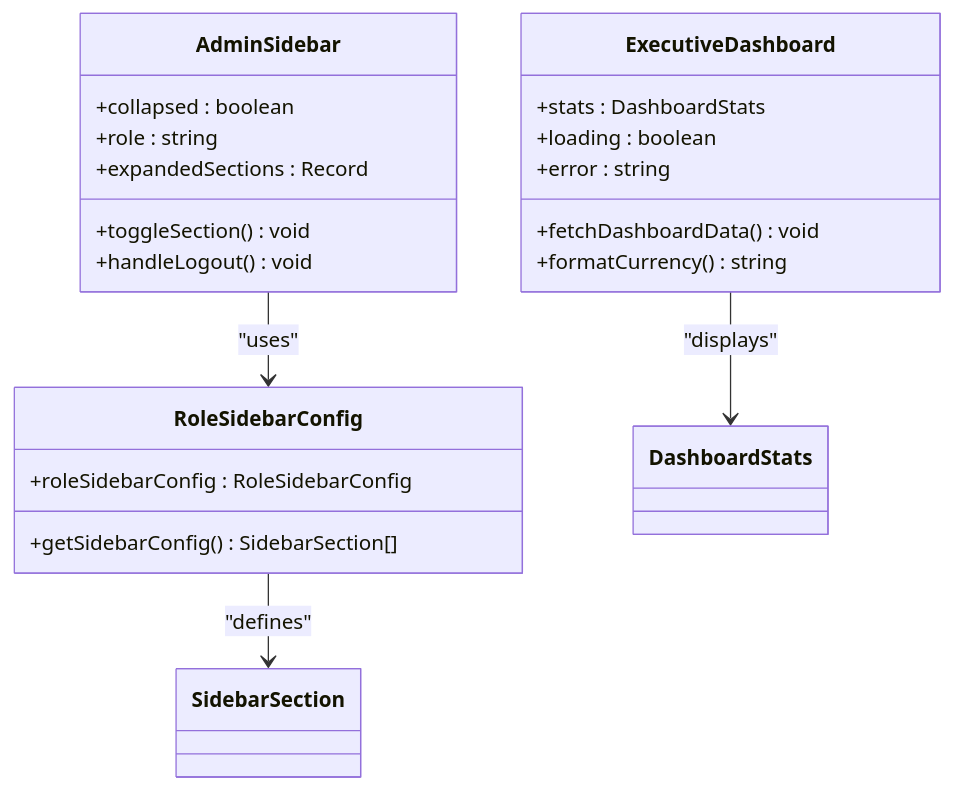
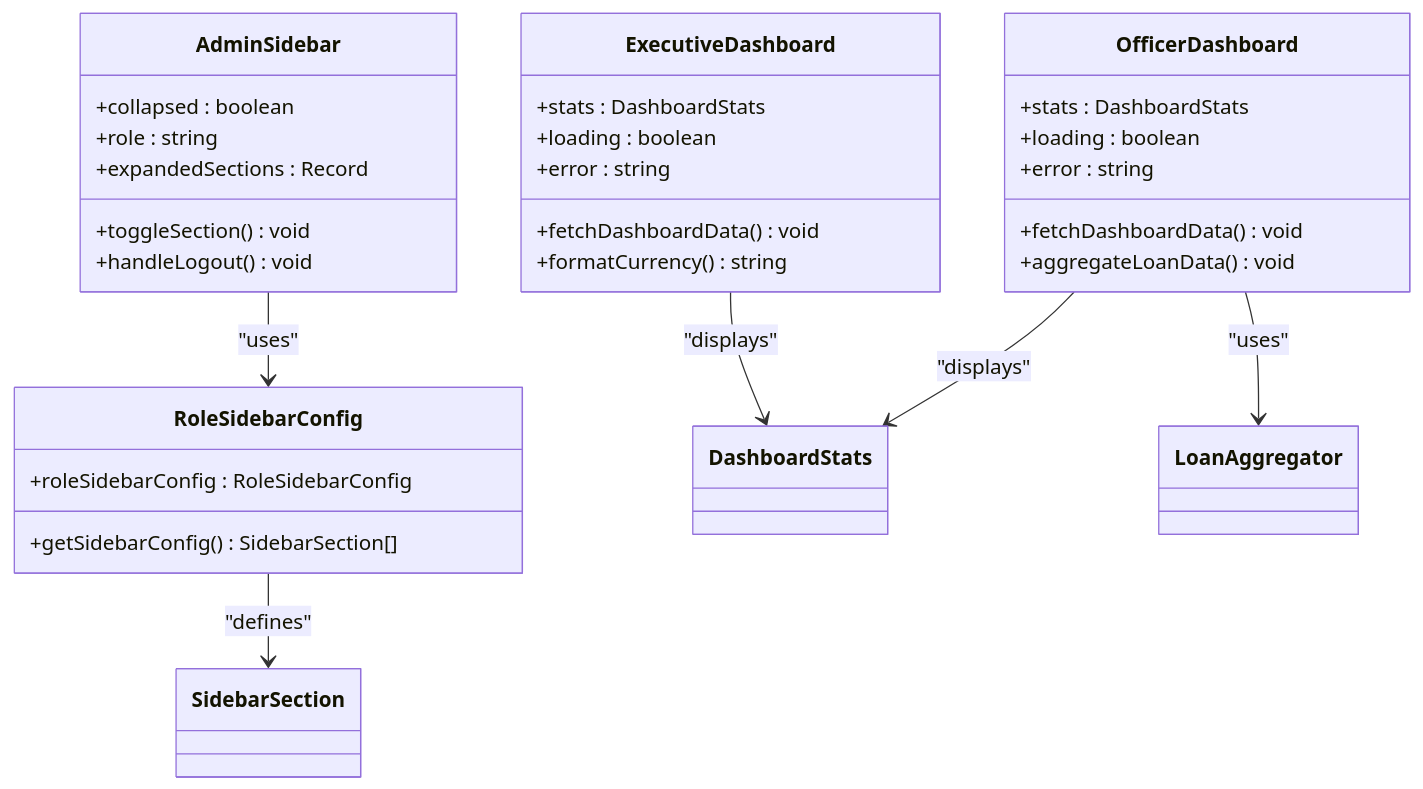
The fifth of 10 diagrams in .qoder/repowiki/en/content/Dashboard System.md (Unsure-bry/sampacoop_system), drawn with Mermaid before and after one commit. The commit also changed other lines of this file and 24 other files, not shown here.

````diff
--- a/.qoder/repowiki/en/content/Dashboard System.md
+++ b/.qoder/repowiki/en/content/Dashboard System.md
@@ -211,24 +256,33 @@
 ```mermaid
 classDiagram
 class ExecutiveDashboard {
 +stats : DashboardStats
 +loading : boolean
 +error : string
 +fetchDashboardData() void
 +formatCurrency() string
+}
+class OfficerDashboard {
++stats : DashboardStats
++loading : boolean
++error : string
++fetchDashboardData() void
++aggregateLoanData() void
 }
 class AdminSidebar {
 +collapsed : boolean
 +role : string
 +expandedSections : Record
 +toggleSection() void
 +handleLogout() void
 }
 class RoleSidebarConfig {
 +roleSidebarConfig : RoleSidebarConfig
 +getSidebarConfig() SidebarSection[]
 }
 ExecutiveDashboard --> DashboardStats : "displays"
+OfficerDashboard --> DashboardStats : "displays"
+OfficerDashboard --> LoanAggregator : "uses"
 AdminSidebar --> RoleSidebarConfig : "uses"
 RoleSidebarConfig --> SidebarSection : "defines"
 ```
````
